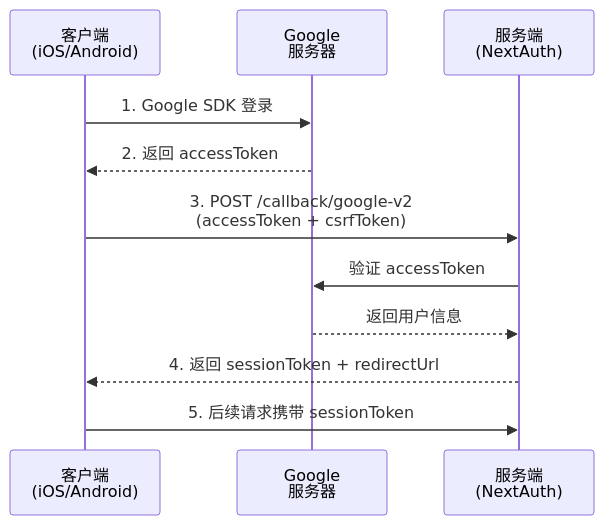
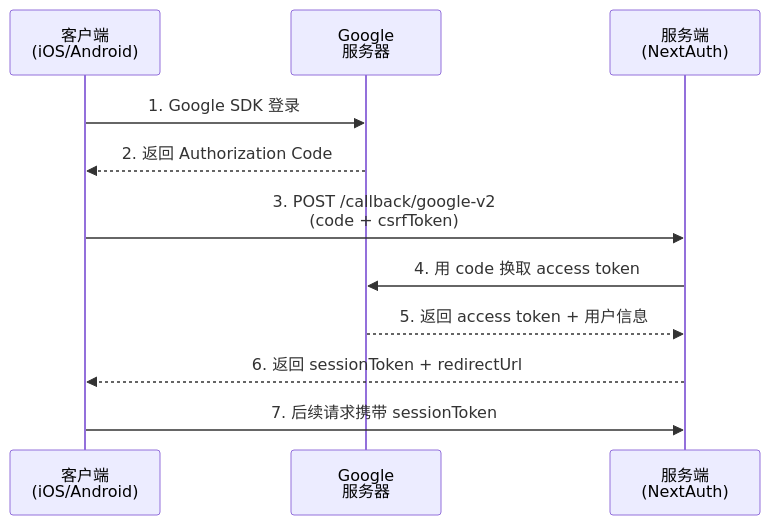
The diagram in api/RESTful/auth-google-v2.md (RudolphHuang/openclaw_doc), drawn with Mermaid before and after one commit. The commit also changed other lines of this file, not shown here.

````diff
--- a/api/RESTful/auth-google-v2.md
+++ b/api/RESTful/auth-google-v2.md
@@ -7,16 +7,16 @@
 ```mermaid
 sequenceDiagram
     participant Client as 客户端<br/>(iOS/Android)
     participant Google as Google<br/>服务器
     participant Server as 服务端<br/>(NextAuth)
 
     Client->>Google: 1. Google SDK 登录
-    Google-->>Client: 2. 返回 accessToken
+    Google-->>Client: 2. 返回 Authorization Code
     
-    Client->>Server: 3. POST /callback/google-v2<br/>(accessToken + csrfToken)
-    Server->>Google: 验证 accessToken
-    Google-->>Server: 返回用户信息
-    Server-->>Client: 4. 返回 sessionToken + redirectUrl
+    Client->>Server: 3. POST /callback/google-v2<br/>(code + csrfToken)
+    Server->>Google: 4. 用 code 换取 access token
+    Google-->>Server: 5. 返回 access token + 用户信息
+    Server-->>Client: 6. 返回 sessionToken + redirectUrl
     
-    Client->>Server: 5. 后续请求携带 sessionToken
+    Client->>Server: 7. 后续请求携带 sessionToken
 ```
````
